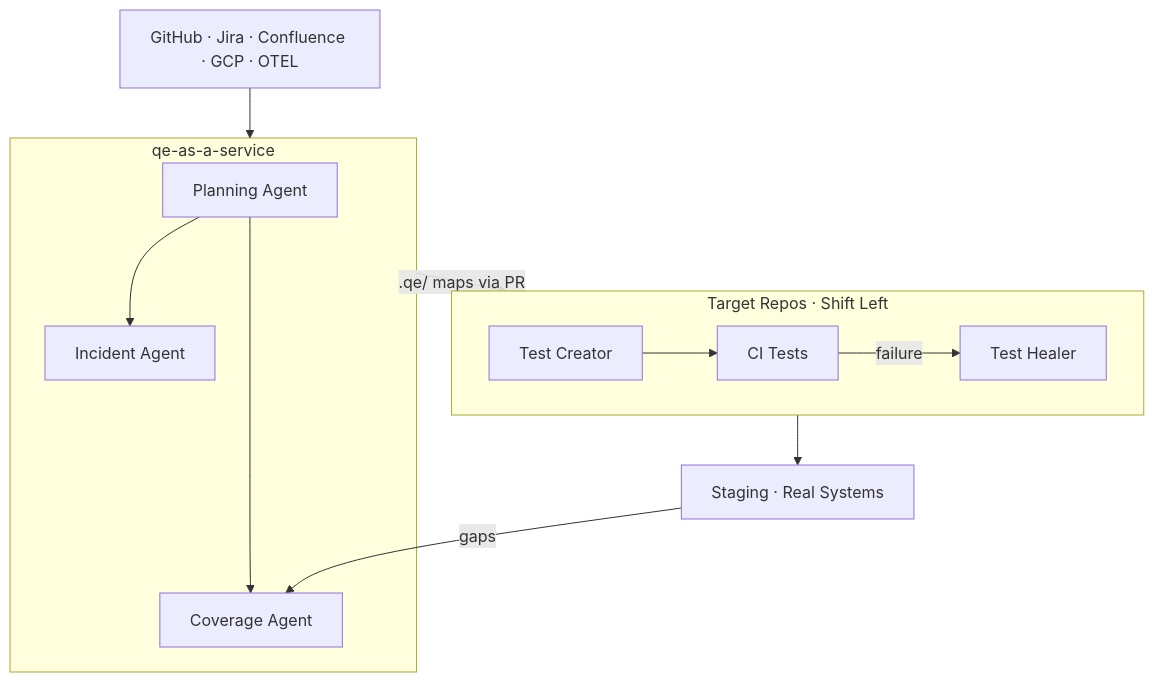
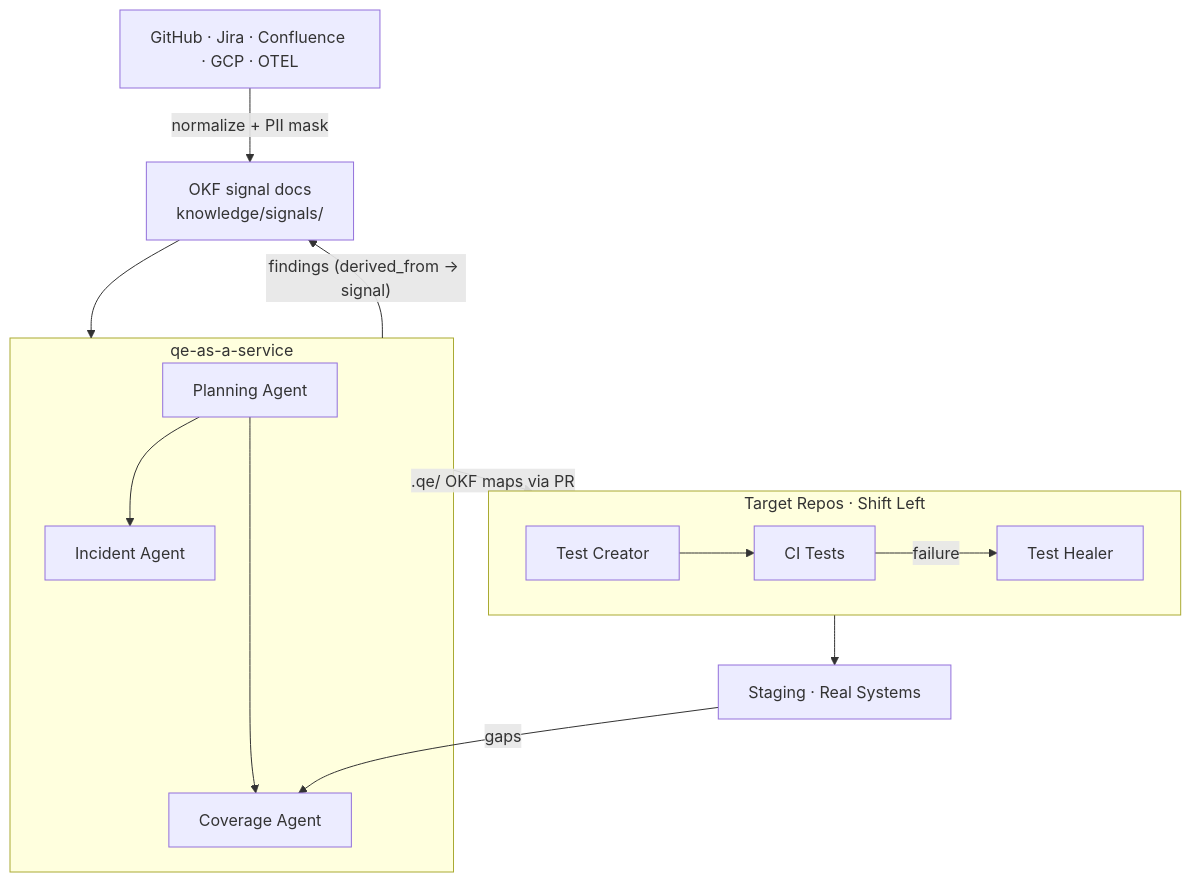
The first of 2 diagrams in docs/architecture.md (magic-pro/qe-as-a-service), drawn with Mermaid before and after one commit. The commit also changed other lines of this file and 78 other files, not shown here.

First line of the commit message:
feat(okf): OKF knowledge layer, framework restructure, and QEaaS hardening

````diff
--- a/docs/architecture.md
+++ b/docs/architecture.md
@@ -5,21 +13,24 @@
 ```mermaid
 flowchart TD
     Signals["GitHub · Jira · Confluence · GCP · OTEL"]
+    OKF["OKF signal docs<br/>knowledge/signals/"]
 
     subgraph QEaaS["qe-as-a-service"]
         PA[Planning Agent] --> CA[Coverage Agent]
         PA --> IA[Incident Agent]
     end
 
     subgraph Repos["Target Repos · Shift Left"]
         TC[Test Creator] --> CI[CI Tests]
         CI -->|failure| TH[Test Healer]
     end
 
     Staging["Staging · Real Systems"]
 
-    Signals --> QEaaS
-    QEaaS -->|".qe/ maps via PR"| Repos
+    Signals -->|"normalize + PII mask"| OKF
+    OKF --> QEaaS
+    QEaaS -->|"findings (derived_from → signal)"| OKF
+    QEaaS -->|".qe/ OKF maps via PR"| Repos
     Repos --> Staging
     Staging -->|"gaps"| CA
 ```
````
